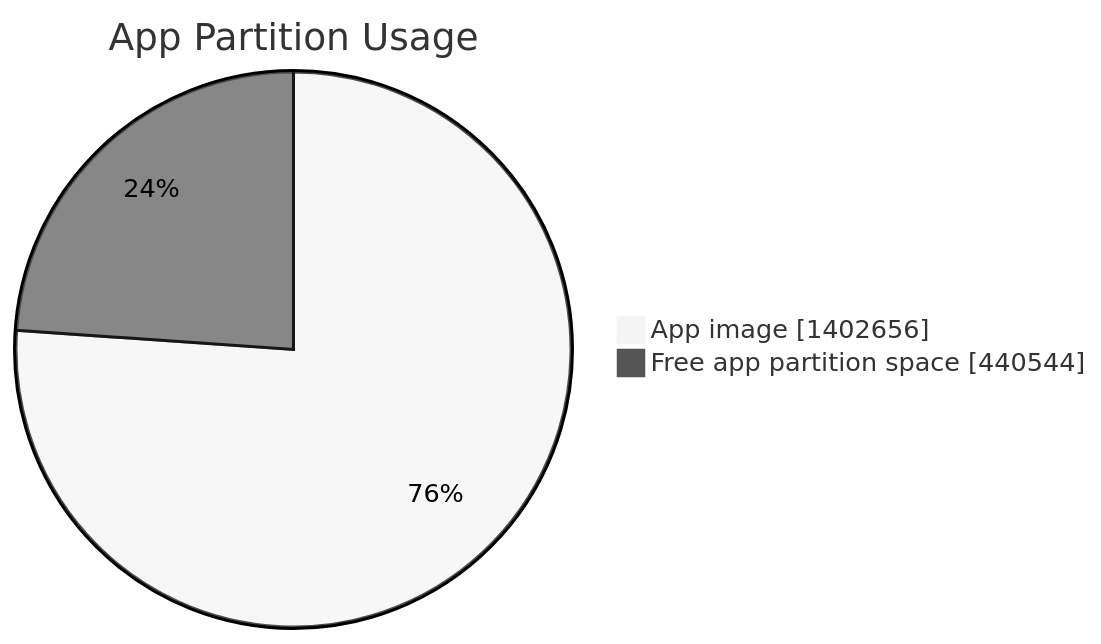
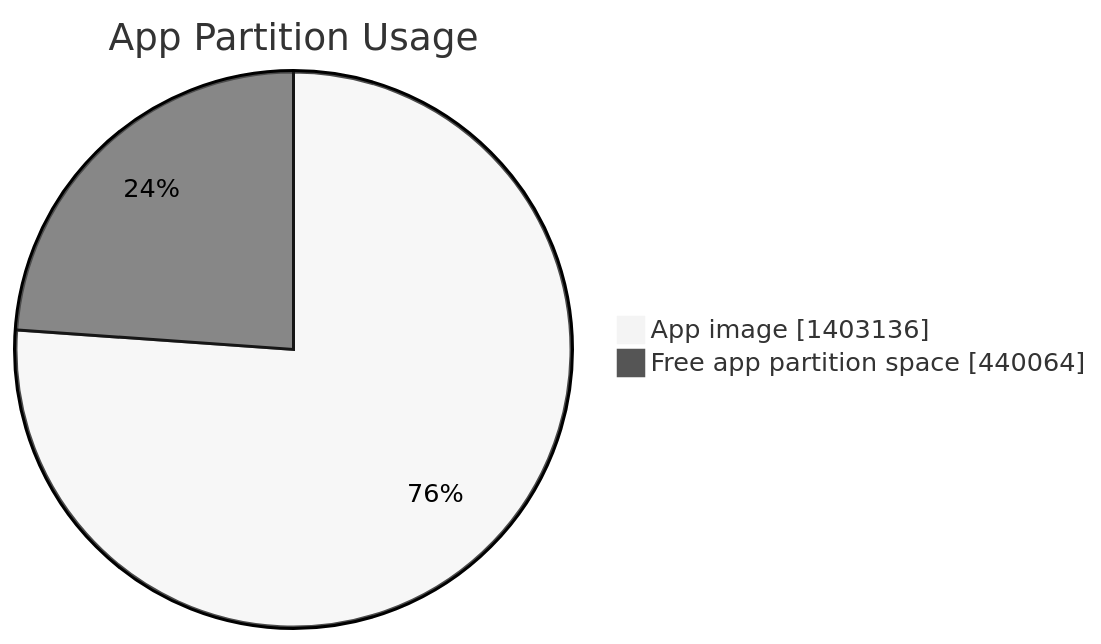
One commit to marcelpetrick/esp32-fever-dream changed the first of 2 diagrams in documents/firmware_breakdown.md. Above: the diagram before and after it, drawn with Mermaid (neutral theme). The commit also changed other lines of this file and 5 other files, not shown here.

````diff
--- a/documents/firmware_breakdown.md
+++ b/documents/firmware_breakdown.md
@@ -17,6 +17,6 @@
 ```mermaid
 pie showData
     title App Partition Usage
-    "App image" : 1402656
-    "Free app partition space" : 440544
+    "App image" : 1403136
+    "Free app partition space" : 440064
 ```
````
